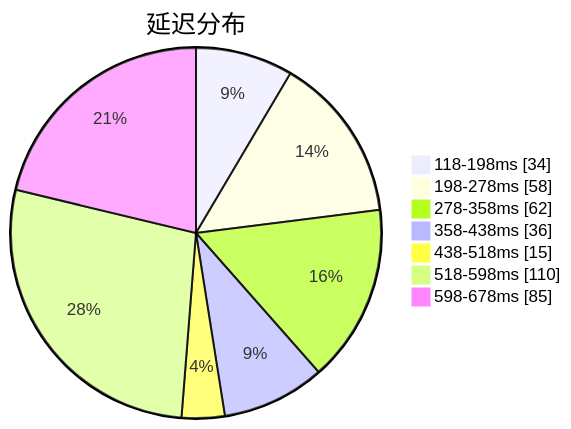
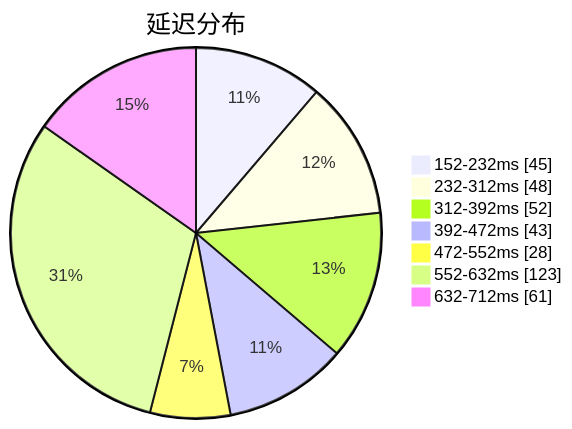
One commit to qjlxg/airport changed the first of 3 diagrams in subs/statistics/tested_within.md. Above: the diagram before and after it, drawn with Mermaid. The commit also changed other lines of this file and 2 other files, not shown here.

Commit message:
Tested by metaST

````diff
--- a/subs/statistics/tested_within.md
+++ b/subs/statistics/tested_within.md
@@ -2,11 +2,11 @@
 ```mermaid
 pie showData
 title 延迟分布
-"118-198ms" : 34
-"198-278ms" : 58
-"278-358ms" : 62
-"358-438ms" : 36
-"438-518ms" : 15
-"518-598ms" : 110
-"598-678ms" : 85
+"152-232ms" : 45
+"232-312ms" : 48
+"312-392ms" : 52
+"392-472ms" : 43
+"472-552ms" : 28
+"552-632ms" : 123
+"632-712ms" : 61
 ```
````
